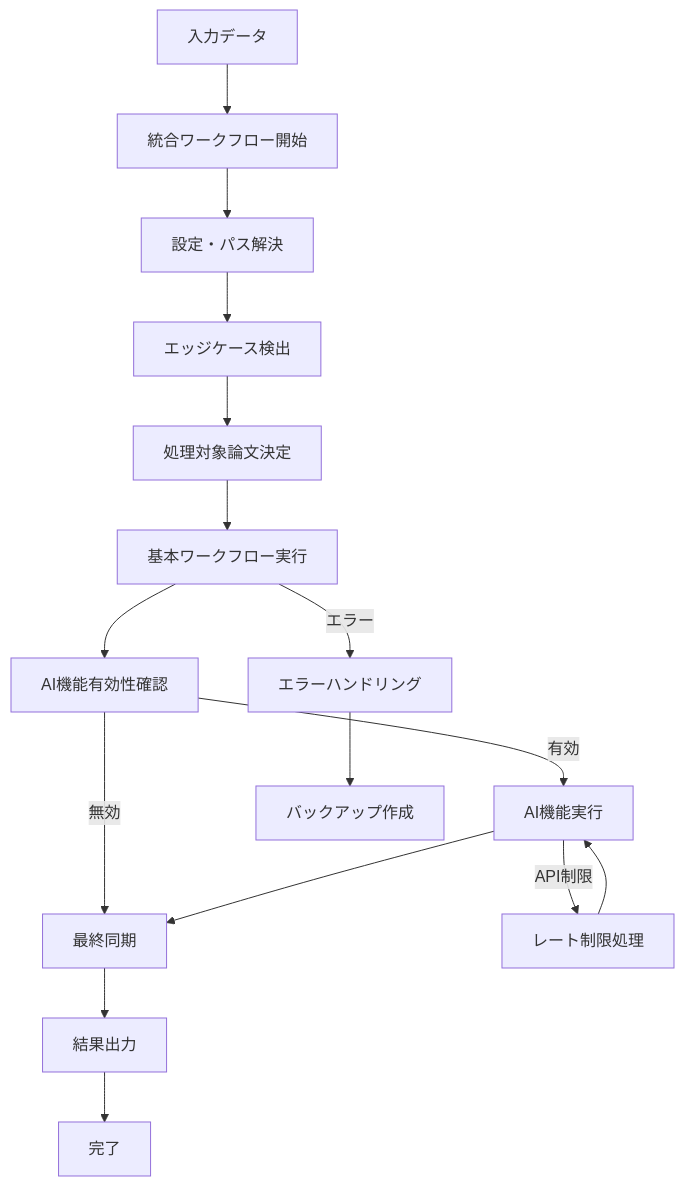
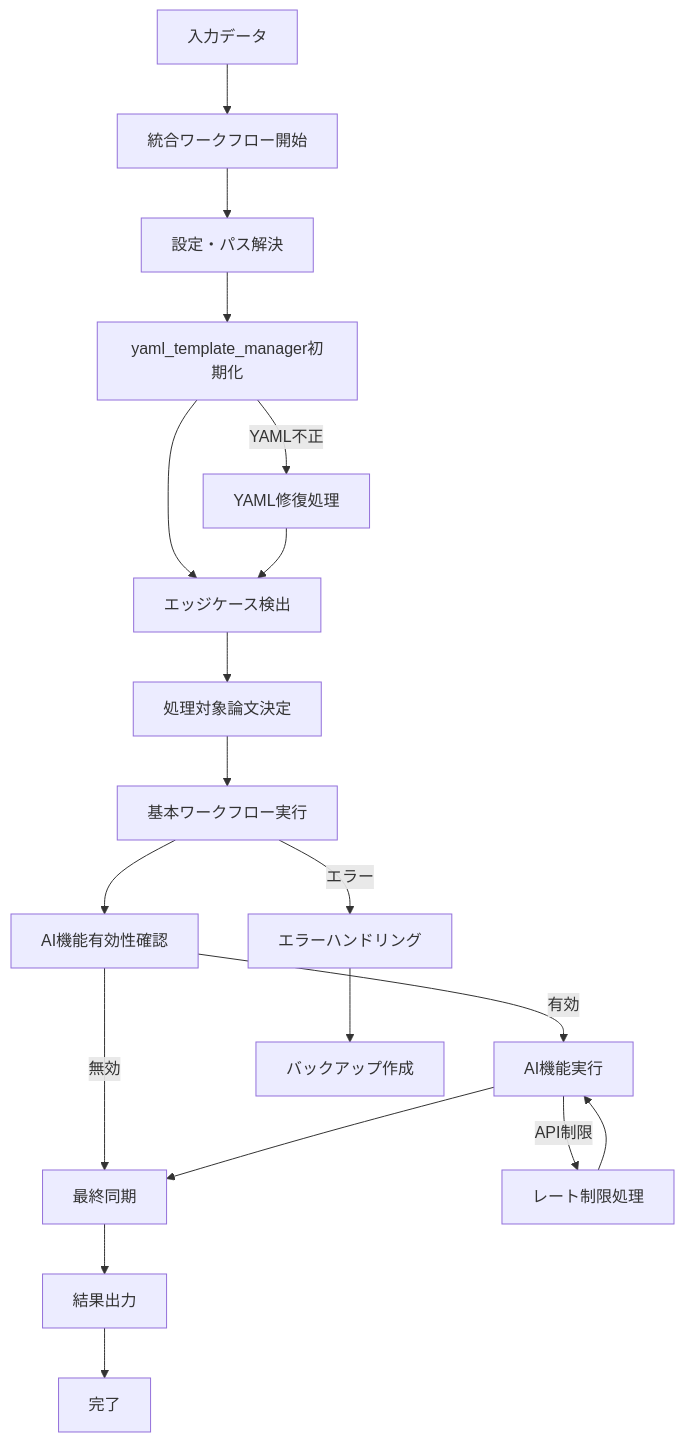
Before and after one commit to shuu5/ObsClippingsManager: the first of 2 diagrams in code/contexts/integrated_workflow_specification.md, drawn with Mermaid. The commit also changed other lines of this file and 8 other files, not shown here.

````diff
--- a/code/contexts/integrated_workflow_specification.md
+++ b/code/contexts/integrated_workflow_specification.md
@@ -9,19 +9,22 @@
 ```mermaid
 flowchart TD
     A["入力データ"] --> B["統合ワークフロー開始"]
     B --> C["設定・パス解決"]
-    C --> D["エッジケース検出"]
-    D --> E["処理対象論文決定"]
-    E --> F["基本ワークフロー実行"]
-    F --> G["AI機能有効性確認"]
-    G -->|有効| H["AI機能実行"]
-    G -->|無効| I["最終同期"]
-    H --> I
-    I --> J["結果出力"]
-    J --> K["完了"]
+    C --> D["yaml_template_manager初期化"]
+    D --> E["エッジケース検出"]
+    E --> F["処理対象論文決定"]
+    F --> G["基本ワークフロー実行"]
+    G --> H["AI機能有効性確認"]
+    H -->|有効| I["AI機能実行"]
+    H -->|無効| J["最終同期"]
+    I --> J
+    J --> K["結果出力"]
+    K --> L["完了"]
     
-    F -->|エラー| L["エラーハンドリング"]
-    H -->|API制限| M["レート制限処理"]
-    L --> N["バックアップ作成"]
-    M --> H
+    D -->|YAML不正| M["YAML修復処理"]
+    G -->|エラー| N["エラーハンドリング"]
+    I -->|API制限| O["レート制限処理"]
+    M --> E
+    N --> P["バックアップ作成"]
+    O --> I
 ```
````
